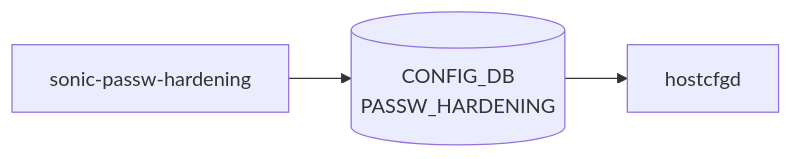
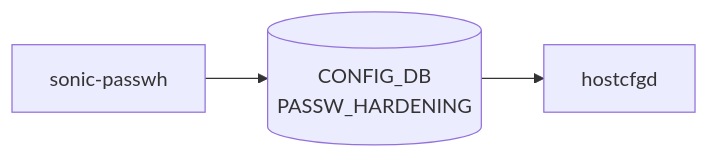
Before and after one commit to aoki-taquan/sonic-unofficial-docs: the diagram in docs/reference/yang/sonic-passw-hardening.md, drawn with Mermaid. The commit also changed 19 other files, not shown here.

````diff
--- a/docs/reference/yang/sonic-passw-hardening.md
+++ b/docs/reference/yang/sonic-passw-hardening.md
@@ -36,8 +36,8 @@
 ```mermaid
 flowchart LR
-  Y["sonic-passw-hardening"]
+  Y["sonic-passwh"]
   C1[("CONFIG_DB<br/>PASSW_HARDENING")]
   Y --> C1
   D1["hostcfgd"]
   C1 --> D1
 ```
````
